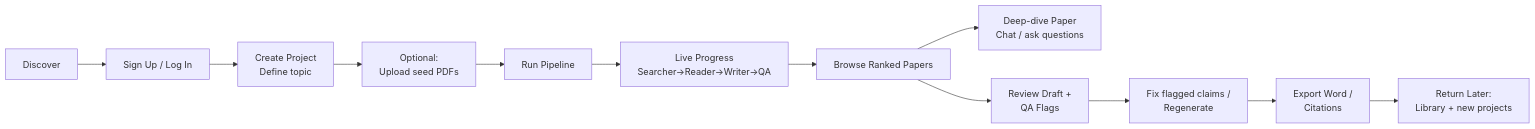
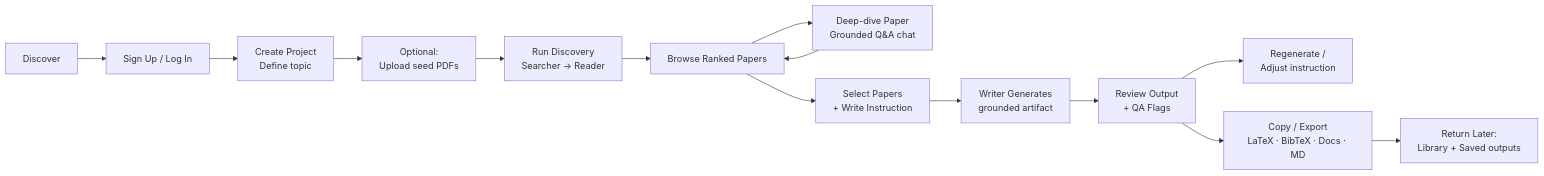
Before and after one commit to hungnt0406/confluex-AI-powered-research-workspace: the first of 2 diagrams in docs/user-journey.md, drawn with Mermaid. The commit also changed other lines of this file, not shown here.

````diff
--- a/docs/user-journey.md
+++ b/docs/user-journey.md
@@ -16,14 +18,16 @@
 ```mermaid
 flowchart LR
     A[Discover] --> B[Sign Up / Log In]
     B --> C[Create Project<br/>Define topic]
     C --> D[Optional:<br/>Upload seed PDFs]
-    D --> E[Run Pipeline]
-    E --> F[Live Progress<br/>Searcher→Reader→Writer→QA]
-    F --> G[Browse Ranked Papers]
-    G --> H[Deep-dive Paper<br/>Chat / ask questions]
-    G --> I[Review Draft +<br/>QA Flags]
-    I --> J[Fix flagged claims /<br/>Regenerate]
-    J --> K[Export Word /<br/>Citations]
-    K --> L[Return Later:<br/>Library + new projects]
+    D --> E[Run Discovery<br/>Searcher → Reader]
+    E --> F[Browse Ranked Papers]
+    F --> G[Deep-dive Paper<br/>Grounded Q&A chat]
+    F --> H[Select Papers<br/>+ Write Instruction]
+    H --> I[Writer Generates<br/>grounded artifact]
+    I --> J[Review Output<br/>+ QA Flags]
+    J --> K[Regenerate /<br/>Adjust instruction]
+    J --> L[Copy / Export<br/>LaTeX · BibTeX · Docs · MD]
+    L --> M[Return Later:<br/>Library + Saved outputs]
+    G --> F
 ```
````
